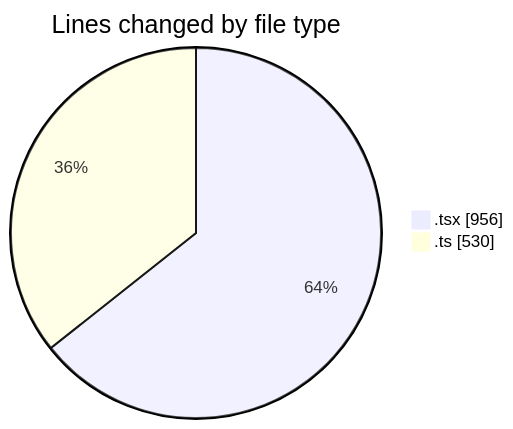
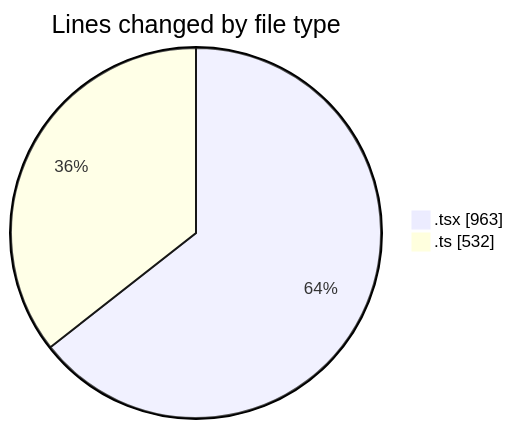
The first of 2 diagrams in 2025-07-11/cda/README.md (momahboobian/code-tracking), drawn with Mermaid before and after one commit. The commit also changed other lines of this file and 1 other file, not shown here.

````diff
--- a/2025-07-11/cda/README.md
+++ b/2025-07-11/cda/README.md
@@ -24,6 +24,6 @@
 ```mermaid
 pie showData
 title Lines changed by file type
-".tsx" : 956
-".ts" : 530
+".tsx" : 963
+".ts" : 532
 ```
````
